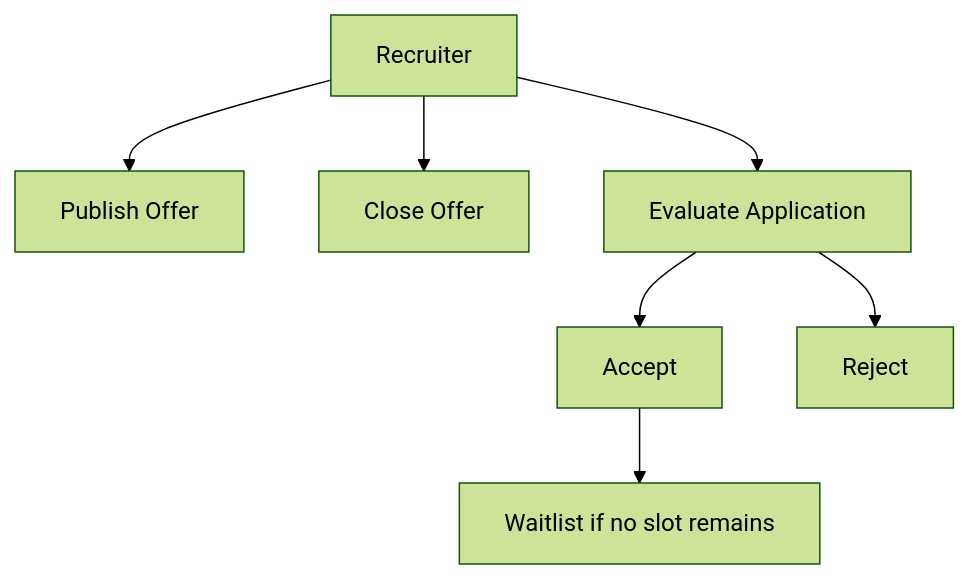
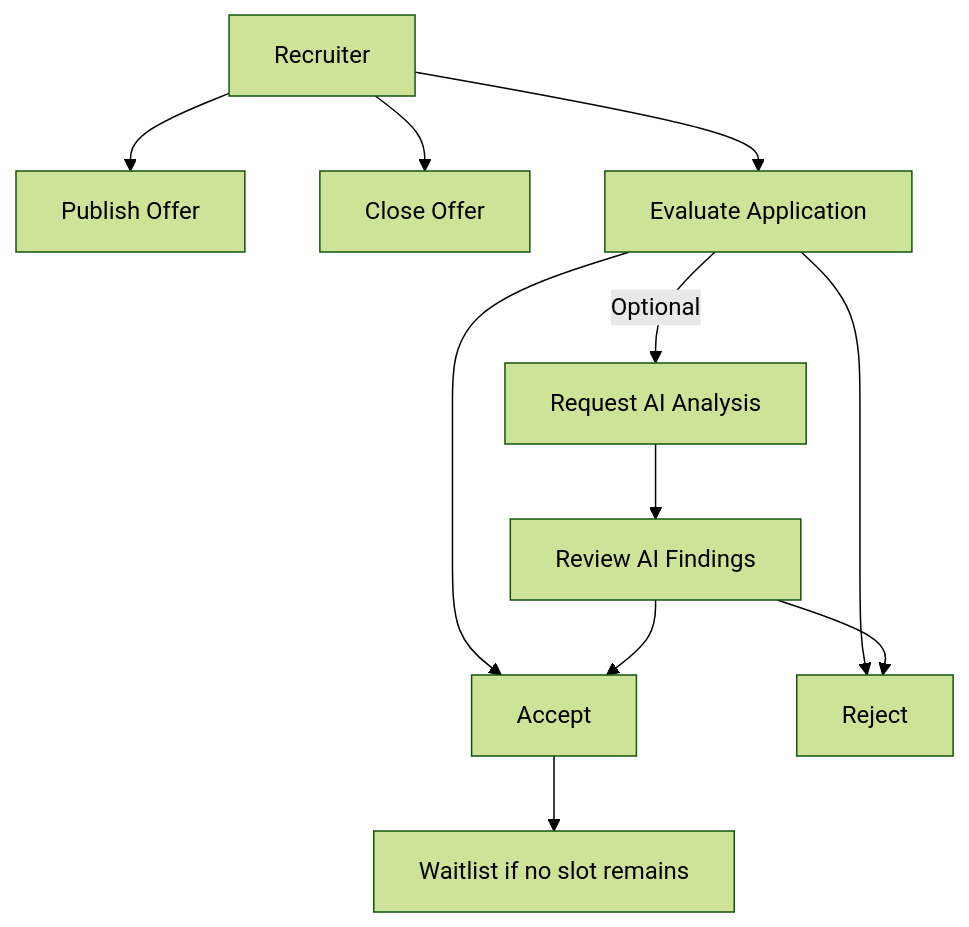
The fourth of 6 diagrams in README.md (roberta34/InternHub), drawn with Mermaid (forest theme) before and after one commit. The commit also changed other lines of this file, not shown here.

````diff
--- a/README.md
+++ b/README.md
@@ -370,17 +406,23 @@
 ```mermaid
 flowchart TD
     R["Recruiter"]
     PO["Publish Offer"]
     CO["Close Offer"]
     EA["Evaluate Application"]
+    AI["Request AI Analysis"]
+    AR["Review AI Findings"]
     AC["Accept"]
     RJ["Reject"]
     WL["Waitlist if no slot remains"]
 
     R --> PO
     R --> CO
     R --> EA
+    EA -->|"Optional"| AI
+    AI --> AR
     EA --> AC
     EA --> RJ
+    AR --> AC
+    AR --> RJ
     AC --> WL
 ```
````
